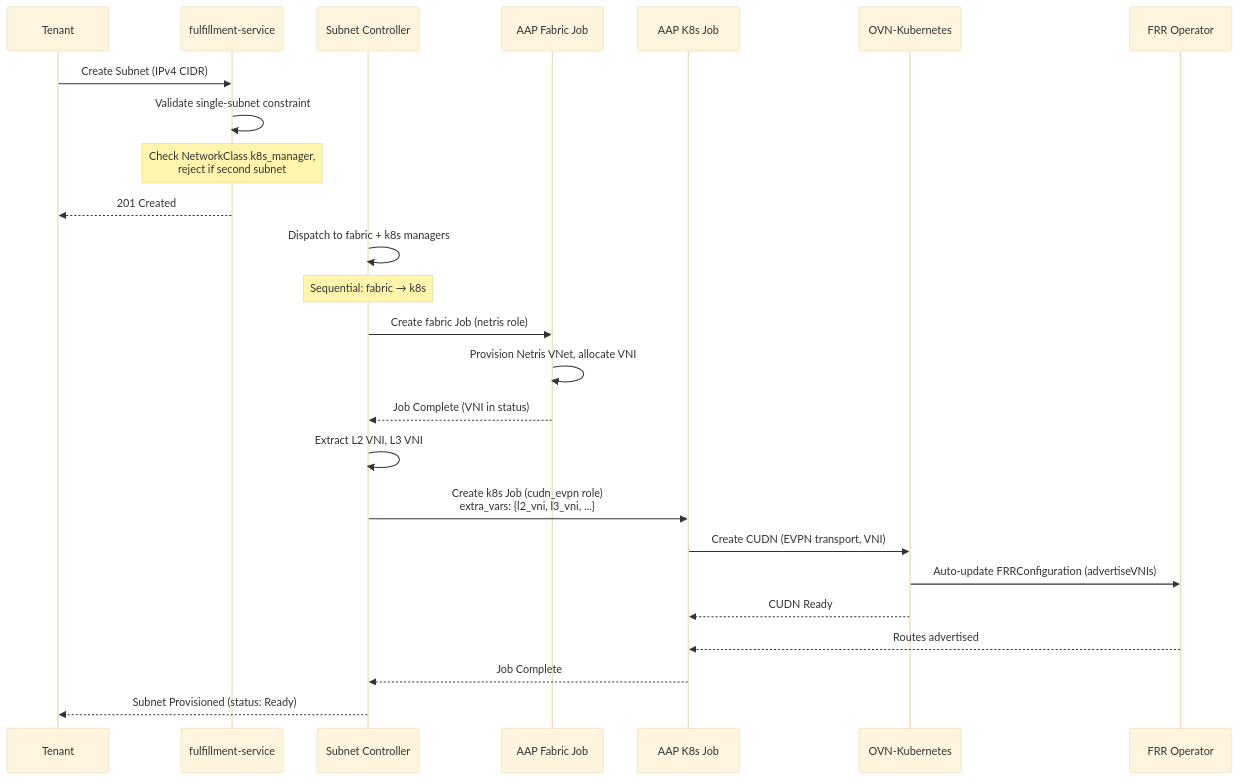
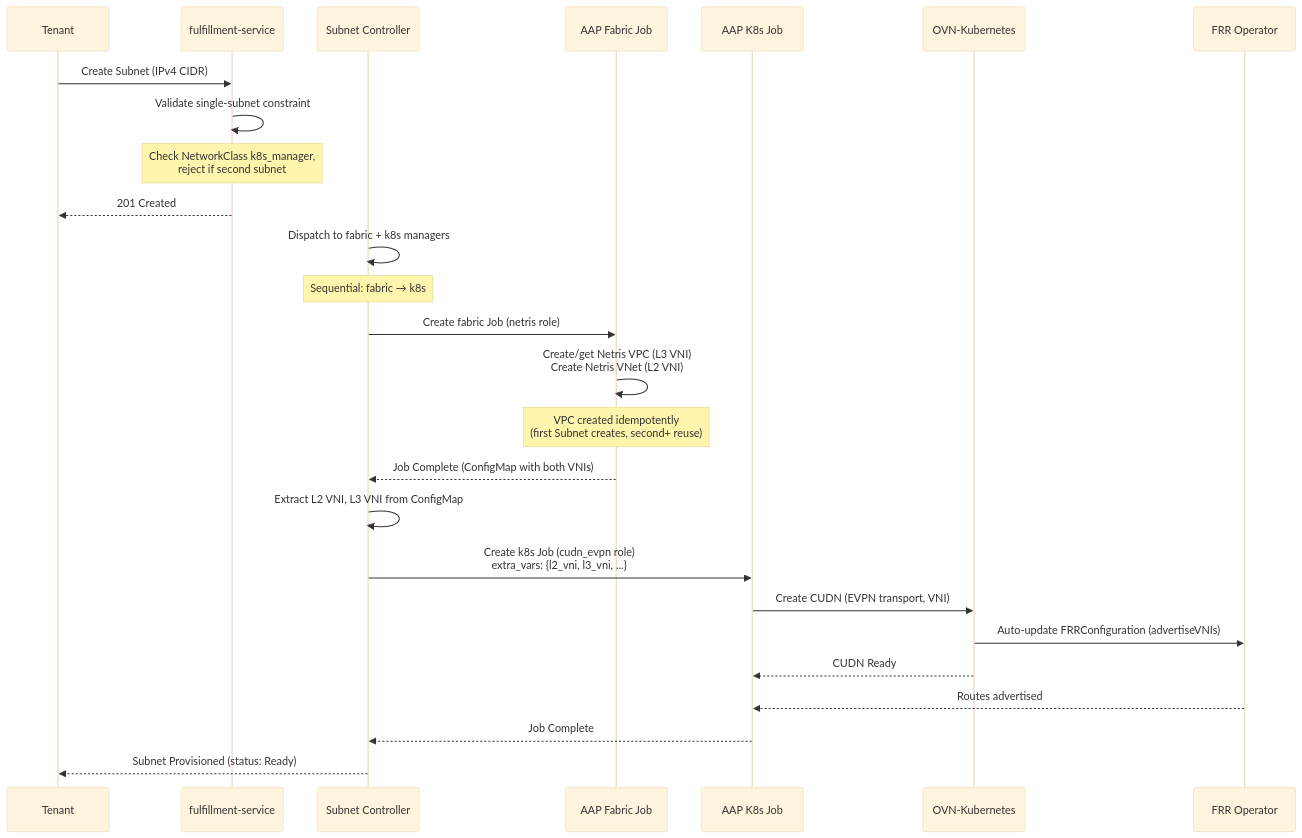
The diagram in enhancements/OSAC-4291-ovn-evpn-phase-1/design.md (osac-project/enhancement-proposals), drawn with Mermaid (base theme) before and after one commit. The commit also changed other lines of this file, not shown here.

First line of the commit message:
OSAC-4291: Clarify VPC/VNet/CUDN provisioning timing and VNI flow

````diff
--- a/enhancements/OSAC-4291-ovn-evpn-phase-1/design.md
+++ b/enhancements/OSAC-4291-ovn-evpn-phase-1/design.md
@@ -100,33 +114,34 @@
 ```mermaid
 sequenceDiagram
     participant Tenant
     participant API as fulfillment-service
     participant Controller as Subnet Controller
     participant AAP as AAP Fabric Job
     participant K8s as AAP K8s Job
     participant OVN as OVN-Kubernetes
     participant FRR as FRR Operator
 
     Tenant->>API: Create Subnet (IPv4 CIDR)
     API->>API: Validate single-subnet constraint
     Note over API: Check NetworkClass k8s_manager,<br/>reject if second subnet
     API-->>Tenant: 201 Created
 
     Controller->>Controller: Dispatch to fabric + k8s managers
     Note over Controller: Sequential: fabric → k8s
 
     Controller->>AAP: Create fabric Job (netris role)
-    AAP->>AAP: Provision Netris VNet, allocate VNI
-    AAP-->>Controller: Job Complete (VNI in status)
+    AAP->>AAP: Create/get Netris VPC (L3 VNI)<br/>Create Netris VNet (L2 VNI)
+    Note over AAP: VPC created idempotently<br/>(first Subnet creates, second+ reuse)
+    AAP-->>Controller: Job Complete (ConfigMap with both VNIs)
 
-    Controller->>Controller: Extract L2 VNI, L3 VNI
+    Controller->>Controller: Extract L2 VNI, L3 VNI from ConfigMap
     Controller->>K8s: Create k8s Job (cudn_evpn role)<br/>extra_vars: {l2_vni, l3_vni, ...}
 
     K8s->>OVN: Create CUDN (EVPN transport, VNI)
     OVN->>FRR: Auto-update FRRConfiguration (advertiseVNIs)
     OVN-->>K8s: CUDN Ready
     FRR-->>K8s: Routes advertised
     K8s-->>Controller: Job Complete
 
     Controller-->>Tenant: Subnet Provisioned (status: Ready)
 ```
````
